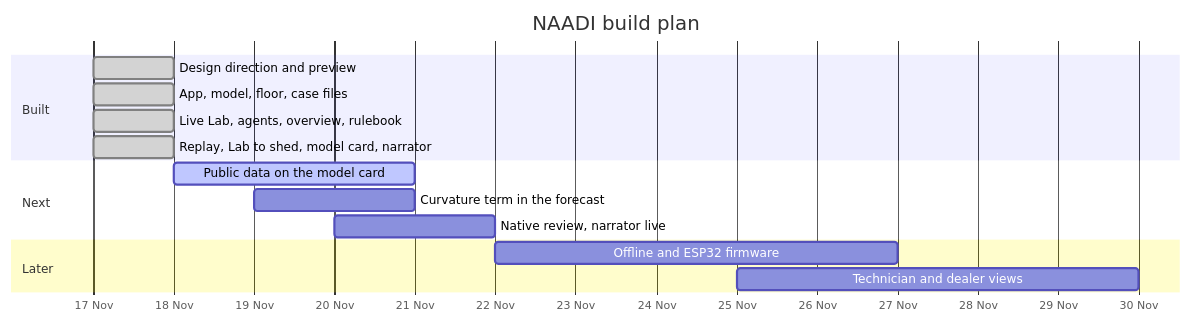
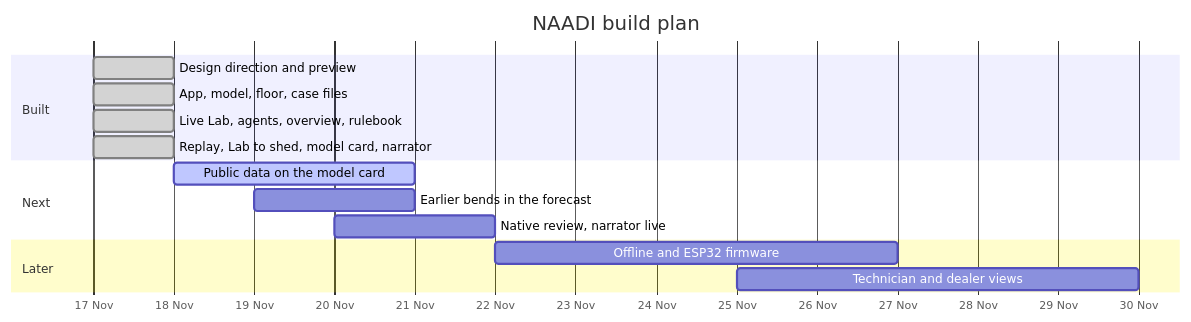
One commit to vizsh/Naadi changed the diagram in docs/08-roadmap.md. Above: the diagram before and after it, drawn with Mermaid. The commit also changed other lines of this file and 10 other files, not shown here.

First line of the commit message:
Curvature term in the forecast, gated by significance

````diff
--- a/docs/08-roadmap.md
+++ b/docs/08-roadmap.md
@@ -49,18 +49,18 @@
 ```mermaid
 gantt
   title NAADI build plan
   dateFormat  YYYY-MM-DD
   axisFormat  %d %b
   section Built
   Design direction and preview          :done, d1, 2026-11-17, 1d
   App, model, floor, case files         :done, d2, 2026-11-17, 1d
   Live Lab, agents, overview, rulebook  :done, d3, 2026-11-17, 1d
   Replay, Lab to shed, model card, narrator :done, d4, 2026-11-17, 1d
   section Next
   Public data on the model card         :active, n1, 2026-11-18, 3d
-  Curvature term in the forecast        :n2, 2026-11-19, 2d
+  Earlier bends in the forecast         :n2, 2026-11-19, 2d
   Native review, narrator live          :n3, 2026-11-20, 2d
   section Later
   Offline and ESP32 firmware            :l1, 2026-11-22, 5d
   Technician and dealer views           :l2, 2026-11-25, 5d
 ```
````
